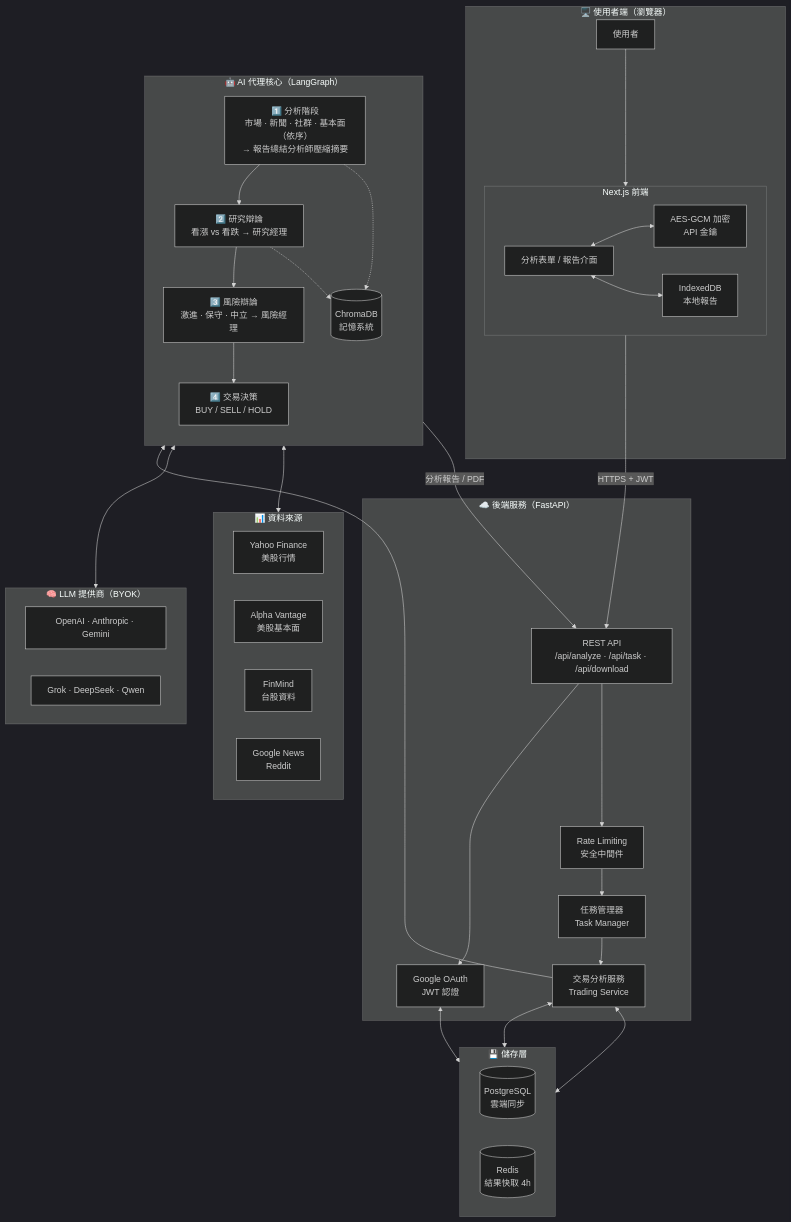
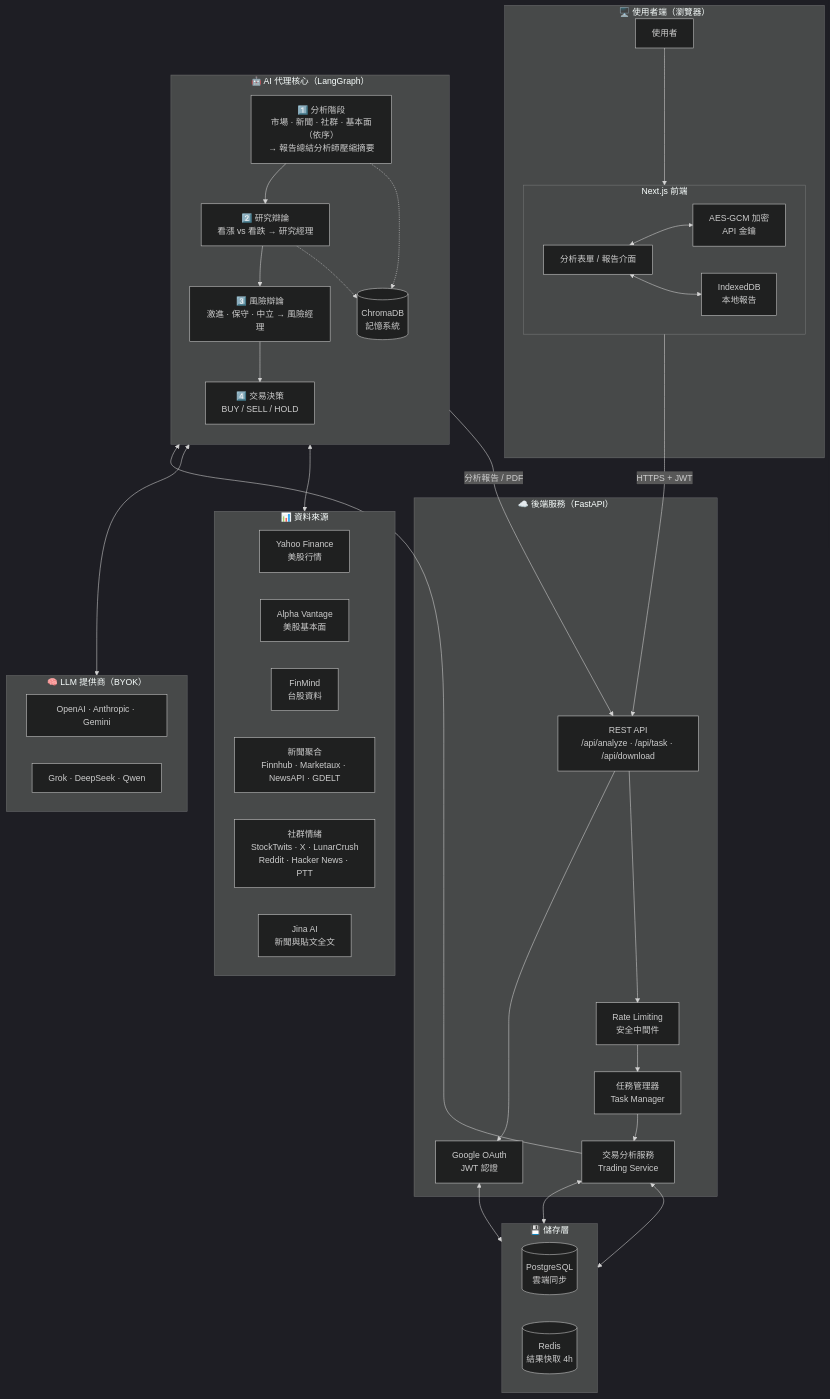
One commit to Yao920127/TradingAgentsX changed the diagram in README.md. Above: the diagram before and after it, drawn with Mermaid (dark theme). The commit also changed other lines of this file and 3 other files, not shown here.

````diff
--- a/README.md
+++ b/README.md
@@ -50,66 +53,68 @@
 ```mermaid
 flowchart TB
     subgraph Client["🖥️ 使用者端（瀏覽器）"]
         U["使用者"]
         subgraph FE["Next.js 前端"]
             direction LR
             UI["分析表單 / 報告介面"]
             CRYPTO["AES-GCM 加密<br/>API 金鑰"]
             IDB["IndexedDB<br/>本地報告"]
         end
     end
 
     subgraph Server["☁️ 後端服務（FastAPI）"]
         API["REST API<br/>/api/analyze · /api/task · /api/download"]
         RL["Rate Limiting<br/>安全中間件"]
         TM["任務管理器<br/>Task Manager"]
         TS["交易分析服務<br/>Trading Service"]
         AUTH["Google OAuth<br/>JWT 認證"]
     end
 
     subgraph Core["🤖 AI 代理核心（LangGraph）"]
         direction TB
         P1["1️⃣ 分析階段<br/>市場 · 新聞 · 社群 · 基本面（依序）<br/>→ 報告總結分析師壓縮摘要"]
         P2["2️⃣ 研究辯論<br/>看漲 vs 看跌 → 研究經理"]
         P3["3️⃣ 風險辯論<br/>激進 · 保守 · 中立 → 風險經理"]
         P4["4️⃣ 交易決策<br/>BUY / SELL / HOLD"]
         P1 --> P2 --> P3 --> P4
         MEM[("ChromaDB<br/>記憶系統")]
     end
 
     subgraph Data["📊 資料來源"]
         direction LR
         YF["Yahoo Finance<br/>美股行情"]
         AV["Alpha Vantage<br/>美股基本面"]
         FM["FinMind<br/>台股資料"]
-        NEWS["Google News<br/>Reddit"]
+        NEWS["新聞聚合<br/>Finnhub · Marketaux · NewsAPI · GDELT"]
+        SOCIAL["社群情緒<br/>StockTwits · X · LunarCrush<br/>Reddit · Hacker News · PTT"]
+        JINA["Jina AI<br/>新聞與貼文全文"]
     end
 
     subgraph LLM["🧠 LLM 提供商（BYOK）"]
         direction LR
         L1["OpenAI · Anthropic · Gemini"]
         L2["Grok · DeepSeek · Qwen"]
     end
 
     subgraph Store["💾 儲存層"]
         direction LR
         PG[("PostgreSQL<br/>雲端同步")]
         RD[("Redis<br/>結果快取 4h")]
     end
 
     U --> UI
     UI <--> CRYPTO
     UI <--> IDB
     UI -->|HTTPS + JWT| API
     API --> RL --> TM --> TS
     API --> AUTH
     TS --> P1
     P4 -->|分析報告 / PDF| API
     Core <--> Data
     Core <--> LLM
     P1 -.-> MEM
     P2 -.-> MEM
     TS <--> RD
     AUTH <--> PG
     TS <--> PG
 ```
````
